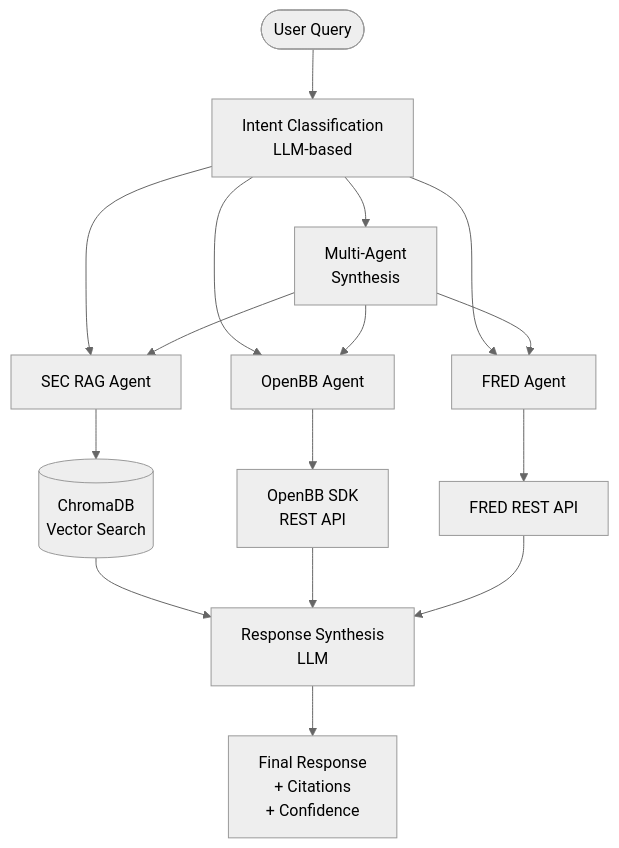
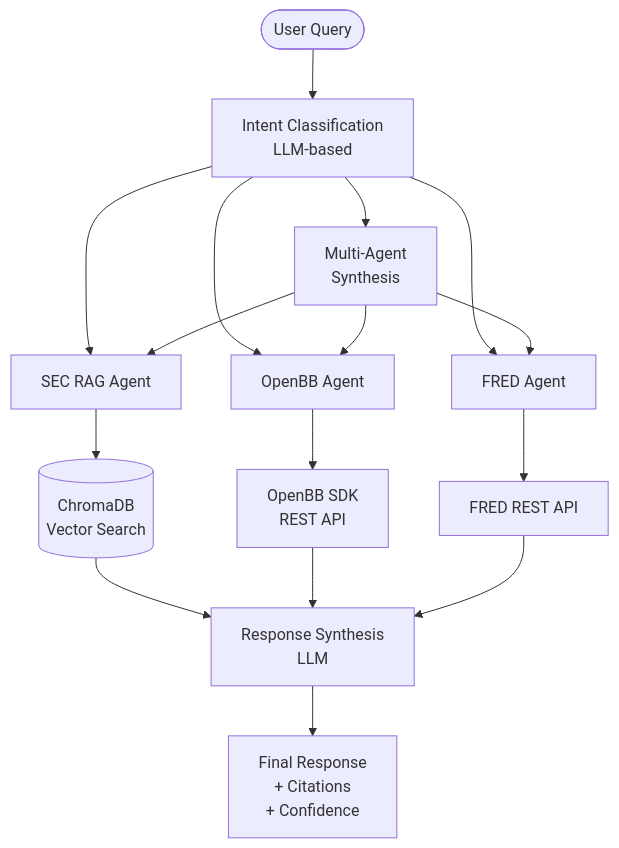
Before and after one commit to kaushikkumarkr/AlphaEdge: the third of 3 diagrams in README.md, drawn with Mermaid. The commit also changed other lines of this file, not shown here.

````diff
--- a/README.md
+++ b/README.md
@@ -340,26 +338,25 @@
 ```mermaid
-%%{init: {'theme': 'neutral'}}%%
 graph TD
     Start([User Query]) --> Classify[Intent Classification<br/>LLM-based]
 
     Classify --> SEC[SEC RAG Agent]
     Classify --> OBB[OpenBB Agent]
     Classify --> FRED[FRED Agent]
     Classify --> Multi[Multi-Agent<br/>Synthesis]
 
     SEC --> Vector[(ChromaDB<br/>Vector Search)]
 
     OBB --> OBBSDK[OpenBB SDK<br/>REST API]
 
     FRED --> FREDAPI[FRED REST API]
 
     Multi --> SEC
     Multi --> OBB
     Multi --> FRED
 
     Vector --> Synthesize[Response Synthesis<br/>LLM]
     OBBSDK --> Synthesize
     FREDAPI --> Synthesize
 
     Synthesize --> Final[Final Response<br/>+ Citations<br/>+ Confidence]
 ```
````
